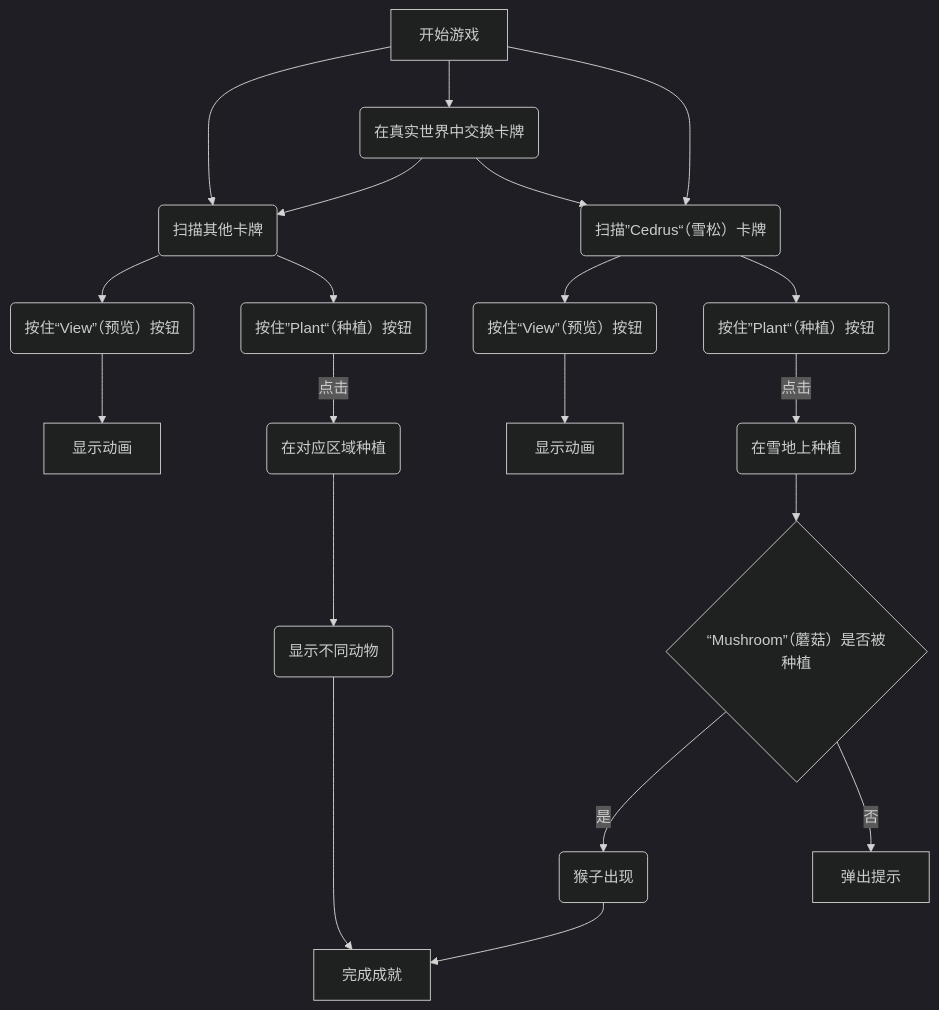
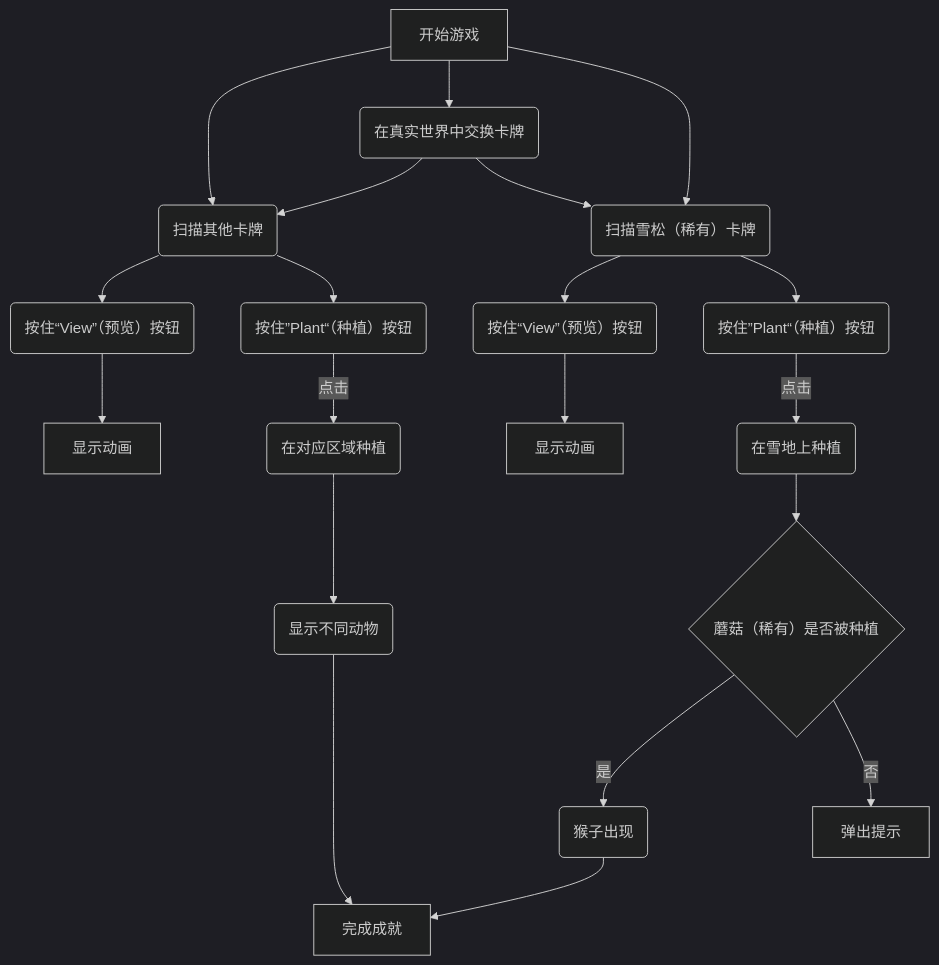
One commit to zhangxiangna/CreativeMakingFinalProject changed the diagram in README.md. Above: the diagram before and after it, drawn with Mermaid (dark theme).

````diff
--- a/README.md
+++ b/README.md
@@ -26,22 +26,22 @@
 ```mermaid
 flowchart  TD;
     A[开始游戏] --> B(扫描其他卡牌)
     A -->S(在真实世界中交换卡牌)
     S -->B 
     S -->E 
     B --> D(按住“View”（预览）按钮)
-    A -->E(扫描”Cedrus“（雪松）卡牌)
+    A -->E(扫描雪松（稀有）卡牌)
     B -->G(按住”Plant“（种植）按钮)
     G --点击-->C(在对应区域种植)
     C -->H(显示不同动物)
     E -->J(按住“View”（预览）按钮)
     J -->Q[显示动画]
     D -->R[显示动画]
     E -->K(按住”Plant“（种植）按钮)
     K --点击-->N(在雪地上种植)
-    N -->L{“Mushroom”（蘑菇）是否被种植}
+    N -->L{蘑菇（稀有）是否被种植}
     L --是-->M(猴子出现)
     L --否-->O[弹出提示]
     M -->P[完成成就]
     H -->P
 ```
````
